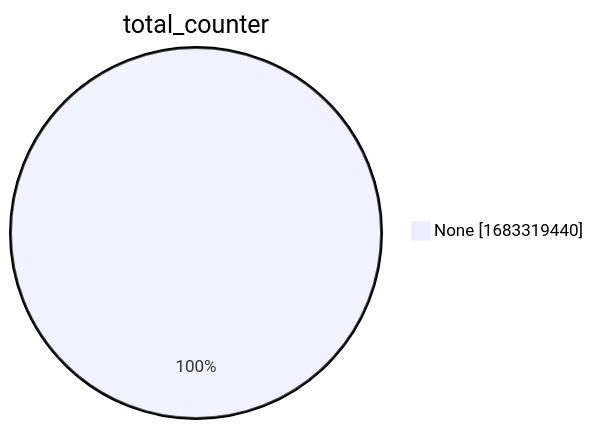
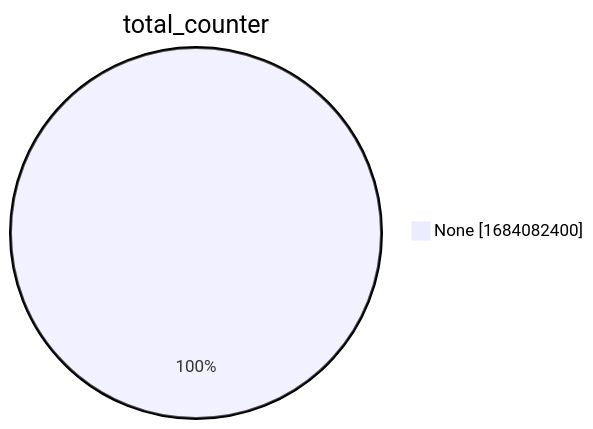
Before and after one commit to christiankrug/ctmonitor_visualization: the second of 15 diagrams in xenon2022/README.md, drawn with Mermaid. The commit also changed other lines of this file, not shown here.

````diff
--- a/xenon2022/README.md
+++ b/xenon2022/README.md
@@ -9,5 +9,5 @@
 ```mermaid
 pie showData
 title total_counter
-"None" :1683319440
+"None" :1684082400
 ```
````
